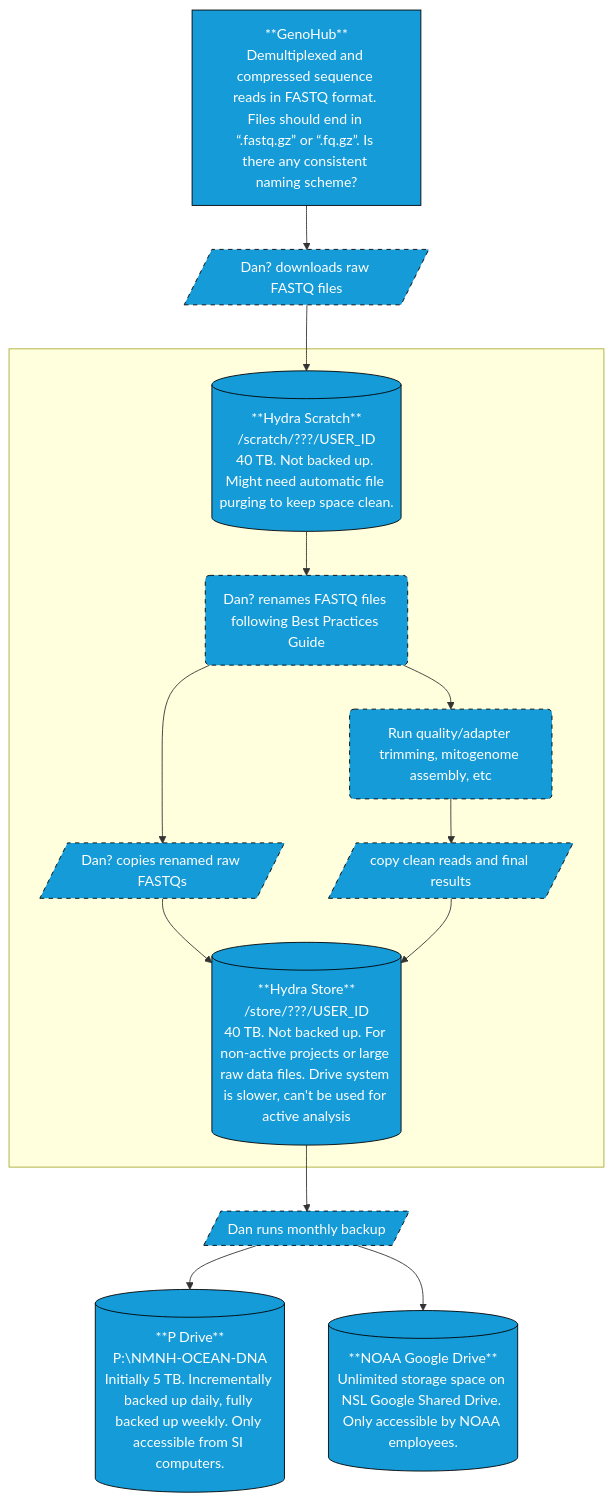
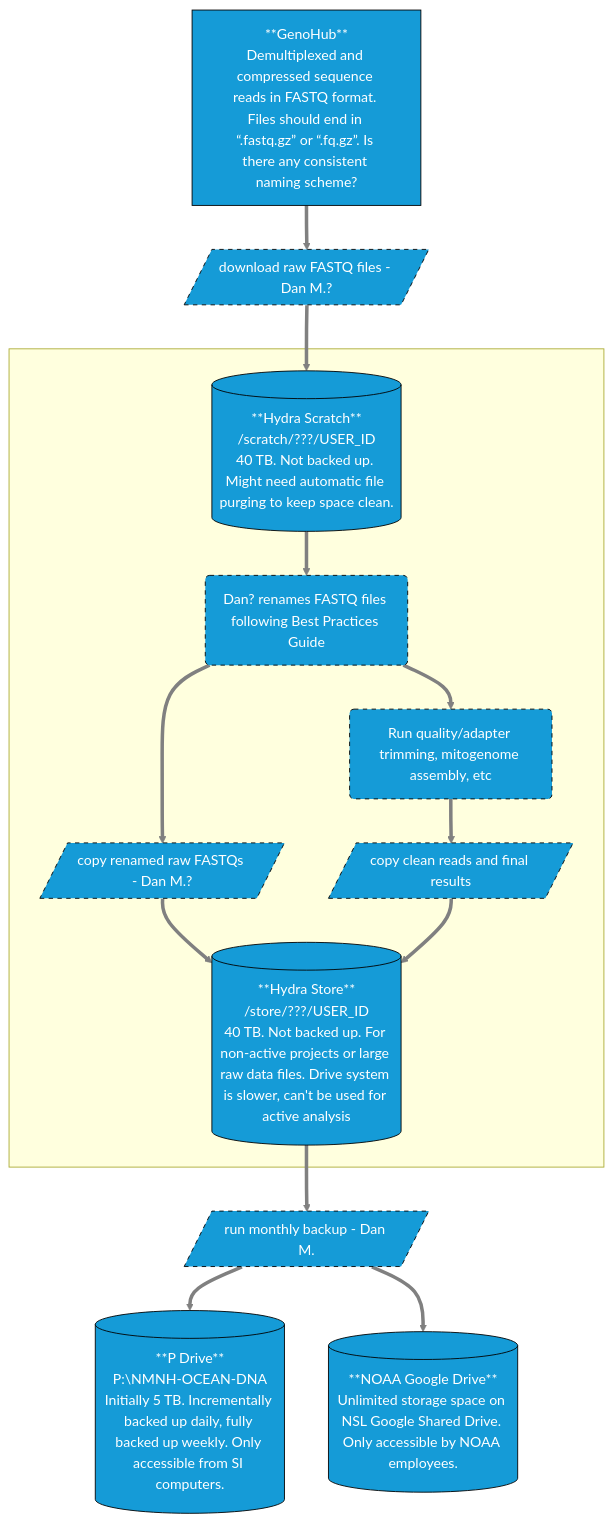
The diagram in qmd/datamanagement.qmd (Smithsonian/NMNH-Ocean-DNA), drawn with Mermaid before and after one commit. The commit also changed 4 other files, not shown here.

````diff
--- a/qmd/datamanagement.qmd
+++ b/qmd/datamanagement.qmd
@@ -3,49 +3,51 @@
 ```{mermaid}
 graph TD;
 
   GenoHub[**GenoHub**
 Demultiplexed and compressed sequence reads in FASTQ format. Files should end in “.fastq.gz” or “.fq.gz”. Is there any consistent naming scheme?]
   Analyses(Run quality/adapter trimming, mitogenome assembly, etc)
   Scratch[(**Hydra Scratch**
 /scratch/???/USER_ID
 40 TB. Not backed up. Might need automatic file purging to keep space clean.)]
   Store[(**Hydra Store**
 /store/???/USER_ID
 40 TB. Not backed up. For non-active projects or large raw data files. Drive system is slower, can't be used for active analysis)]
   XDrive[(**P Drive**
 P:&bsol;NMNH-OCEAN-DNA
 Initially 5 TB. Incrementally backed up daily, fully backed up weekly. Only accessible from SI computers.)]
   GDrive[(**NOAA Google Drive**
 Unlimited storage space on NSL Google Shared Drive. Only accessible by NOAA employees.)]
   
   Rename("`Dan? renames FASTQ files following Best Practices Guide`")
 
-  Move1[/Dan? downloads raw FASTQ files/]
-  Move2[/Dan? copies renamed raw FASTQs/]
+  Move1[/download raw FASTQ files - Dan M.?/]
+  Move2[/copy renamed raw FASTQs - Dan M.?/]
   Move3[/copy clean reads and final results/]
-  Move4[/Dan runs monthly backup/]
+  Move4[/run monthly backup - Dan M./]
 
   GenoHub-->Move1
   Move1-->Scratch
   subgraph " "
     Scratch-->Rename
     Rename-->Analyses
     Rename-->Move2
     Move2-->Store
     Analyses-->Move3
     Move3-->Store
   end
   Store-->Move4
   Move4-->XDrive
   Move4-->GDrive
 
   classDef process stroke:black,color:white,fill:#159BD7,stroke-dasharray: 5 5
   classDef storage stroke:black,color:white,fill:#159BD7
   classDef ccr stroke:black,color:white,fill:#159BD7
 
   class Rename,Analyses,Move1,Move2,Move3,Move4 process
   class GenoHub,Scratch,Store,XDrive,GDrive storage
 
   click Rename "https://github.com/dmacguigan/SI-Ocean-DNA/wiki/Best-Practices#sequence-data-file"
 
+  linkStyle default stroke:grey, stroke-width:4px
+
 ```
````
